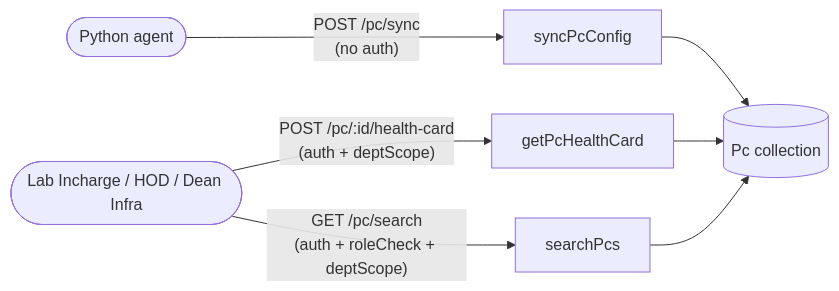
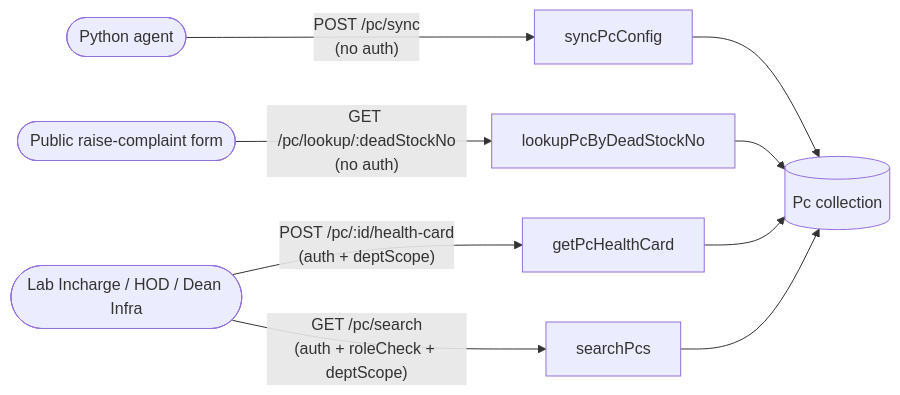
Before and after one commit to Codewith-soham/LabMon: the diagram in backend/docs/pc-module.md, drawn with Mermaid. The commit also changed other lines of this file and 14 other files, not shown here.

First line of the commit message:
Refactor PC sync and lookup endpoints; enhance documentation and roadmap

````diff
--- a/backend/docs/pc-module.md
+++ b/backend/docs/pc-module.md
@@ -7,9 +7,11 @@
 ```mermaid
 flowchart LR
     Agent(["Python agent"]) -->|"POST /pc/sync\n(no auth)"| Sync["syncPcConfig"]
+    Public(["Public raise-complaint form"]) -->|"GET /pc/lookup/:deadStockNo\n(no auth)"| Lookup["lookupPcByDeadStockNo"]
     Staff(["Lab Incharge / HOD / Dean Infra"]) -->|"POST /pc/:id/health-card\n(auth + deptScope)"| Health["getPcHealthCard"]
     Staff -->|"GET /pc/search\n(auth + roleCheck + deptScope)"| Search["searchPcs"]
     Sync --> DB[("Pc collection")]
+    Lookup --> DB
     Health --> DB
     Search --> DB
 ```
````
